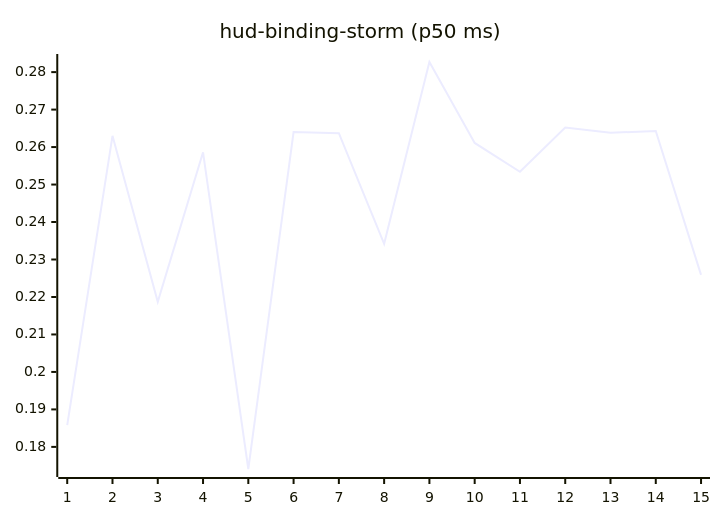
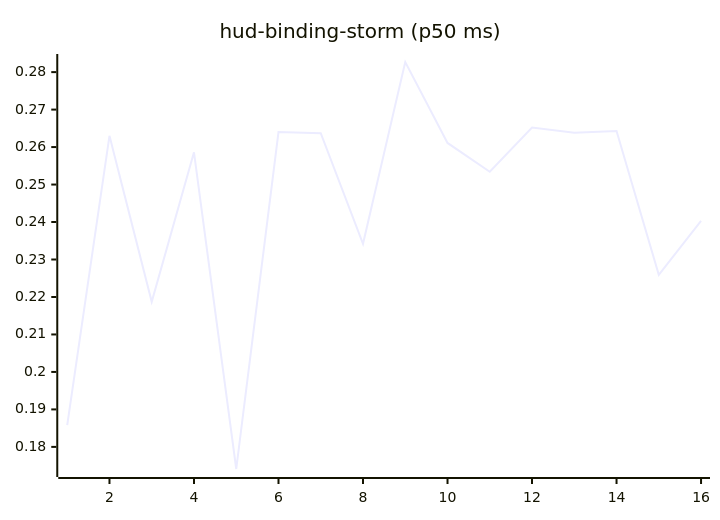
Before and after one commit to josha/Facet: the tenth of 27 diagrams in README.md, drawn with Mermaid. The commit also changed other lines of this file and 2 other files, not shown here.

````diff
--- a/README.md
+++ b/README.md
@@ -126,6 +126,6 @@
 ```mermaid
 xychart-beta
     title "hud-binding-storm (p50 ms)"
-    x-axis 1 --> 15
-    line [0.1858, 0.2630, 0.2187, 0.2586, 0.1741, 0.2640, 0.2637, 0.2342, 0.2827, 0.2611, 0.2534, 0.2652, 0.2638, 0.2643, 0.2259]
+    x-axis 1 --> 16
+    line [0.1858, 0.2630, 0.2187, 0.2586, 0.1741, 0.2640, 0.2637, 0.2342, 0.2827, 0.2611, 0.2534, 0.2652, 0.2638, 0.2643, 0.2259, 0.2403]
 ```
````
